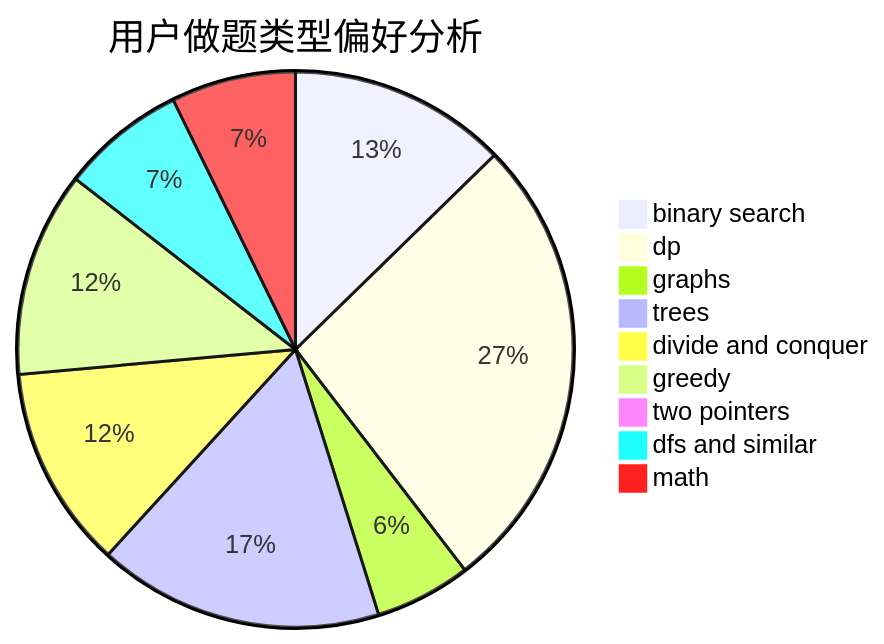
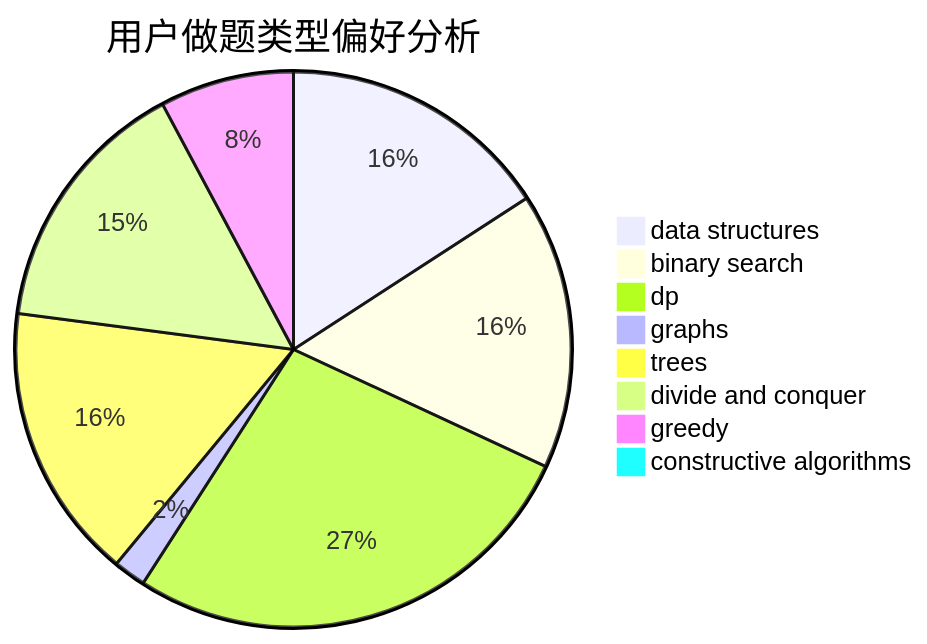
Before and after one commit to sherpahu/cfrs.github.io: the second of 3 diagrams in docs/user/u243.md, drawn with Mermaid. The commit also changed other lines of this file and 2775 other files, not shown here.

````diff
--- a/docs/user/u243.md
+++ b/docs/user/u243.md
@@ -23,12 +23,11 @@
 ```mermaid
 pie title 用户做题类型偏好分析
-    "binary search" :  84
-    "dp" :  178
-    "graphs" :  37
-    "trees" :  110
-    "divide and conquer" :  78
-    "greedy" :  79
-    "two pointers" :  4
-    "dfs and similar" :  48
-    "math" :  48
+    "data structures" :  67
+    "binary search" :  68
+    "dp" :  115
+    "graphs" :  8
+    "trees" :  68
+    "divide and conquer" :  64
+    "greedy" :  33
+    "constructive algorithms" :  0
 ```
````
